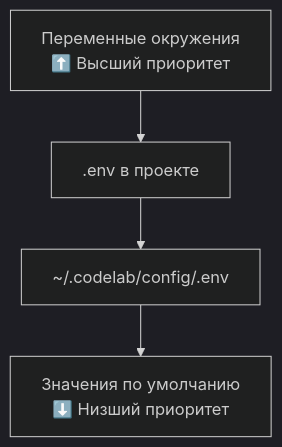
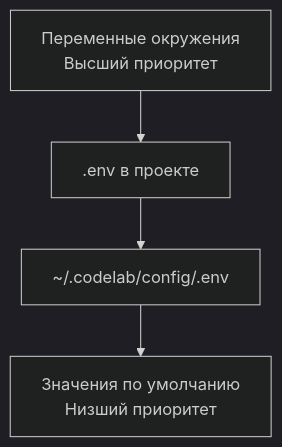
The diagram in doc/product/user-guide/04-configuration.md (pese-git/codelab-agent), drawn with Mermaid (dark theme) before and after one commit. The commit also changed 11 other files, not shown here.

First line of the commit message:
docs: fix Mermaid diagram syntax for proper rendering

````diff
--- a/doc/product/user-guide/04-configuration.md
+++ b/doc/product/user-guide/04-configuration.md
@@ -9,11 +9,11 @@
 ```mermaid
 graph TD
-    ENV[Переменные окружения<br/>⬆️ Высший приоритет]
+    ENV["Переменные окружения<br/>Высший приоритет"]
     LOCAL[.env в проекте]
     GLOBAL[~/.codelab/config/.env]
-    DEFAULTS[Значения по умолчанию<br/>⬇️ Низший приоритет]
+    DEFAULTS["Значения по умолчанию<br/>Низший приоритет"]
     
     ENV --> LOCAL
     LOCAL --> GLOBAL
     GLOBAL --> DEFAULTS
 ```
````
